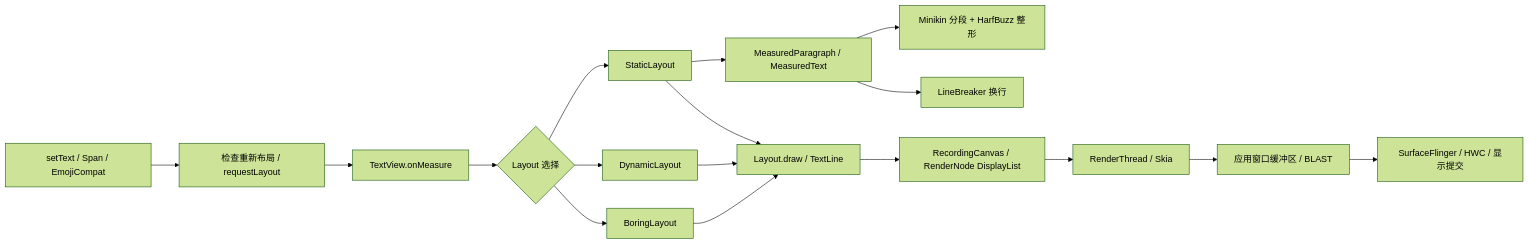
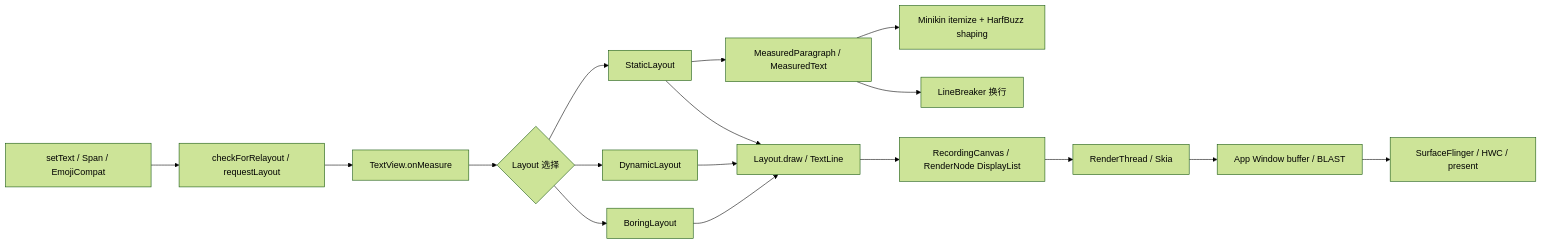
The diagram in src/part1-fundamentals/ch02-rendering/21-text-rendering-performance.md (Gracker/android-internals-wiki), drawn with Mermaid (forest theme) before and after one commit. The commit also changed other lines of this file and 4 other files, not shown here.

````diff
--- a/src/part1-fundamentals/ch02-rendering/21-text-rendering-performance.md
+++ b/src/part1-fundamentals/ch02-rendering/21-text-rendering-performance.md
@@ -122,19 +122,19 @@
 ```mermaid
 flowchart LR
-    ST["setText / Span / EmojiCompat"] --> RL["检查重新布局 / requestLayout"]
+    ST["setText / Span / EmojiCompat"] --> RL["checkForRelayout / requestLayout"]
     RL --> OM["TextView.onMeasure"]
     OM --> LS{"Layout 选择"}
     LS --> BL["BoringLayout"]
     LS --> DL["DynamicLayout"]
     LS --> SL["StaticLayout"]
     SL --> MP["MeasuredParagraph / MeasuredText"]
-    MP --> MK["Minikin 分段 + HarfBuzz 整形"]
+    MP --> MK["Minikin itemize + HarfBuzz shaping"]
     MP --> LB["LineBreaker 换行"]
     BL --> LD["Layout.draw / TextLine"]
     DL --> LD
     SL --> LD
     LD --> RN["RecordingCanvas / RenderNode DisplayList"]
     RN --> RT["RenderThread / Skia"]
-    RT --> BW["应用窗口缓冲区 / BLAST"]
-    BW --> SF["SurfaceFlinger / HWC / 显示提交"]
+    RT --> BW["App Window buffer / BLAST"]
+    BW --> SF["SurfaceFlinger / HWC / present"]
 ```
````
